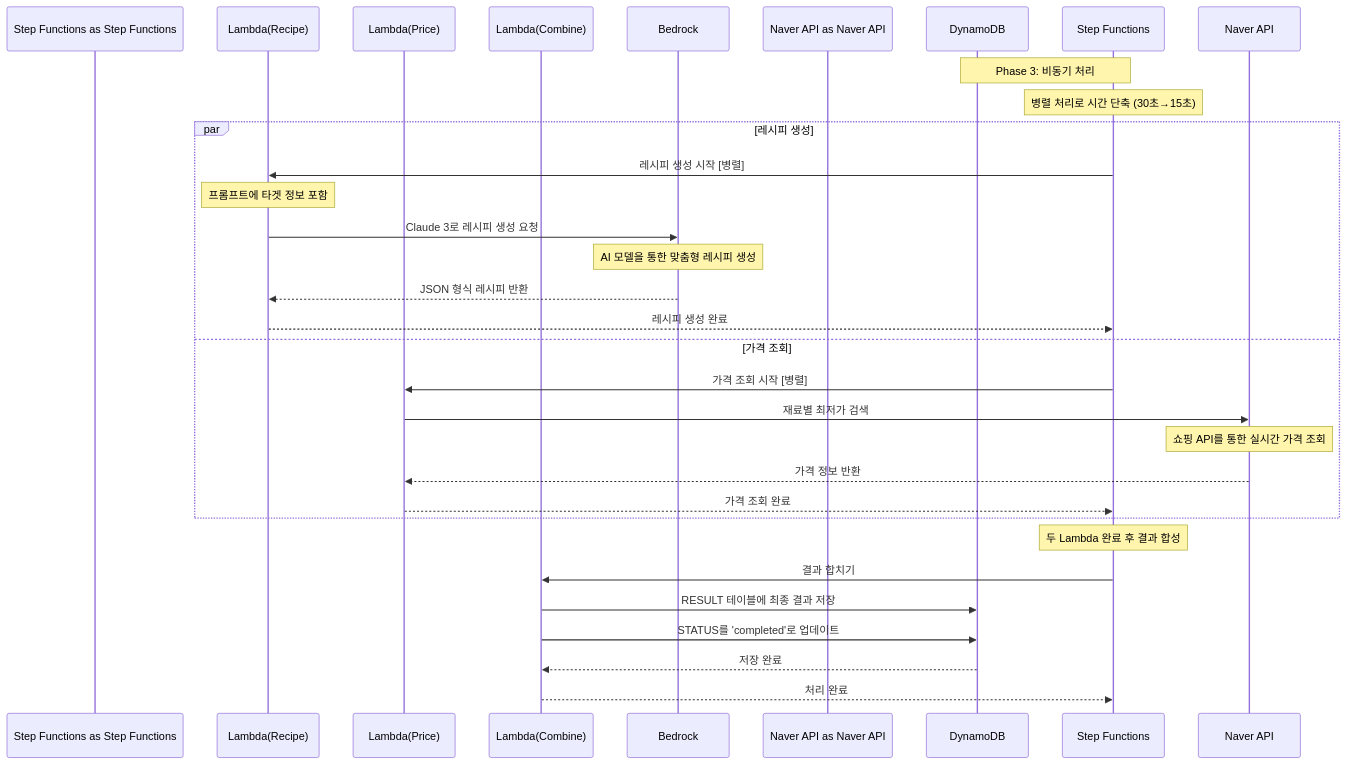
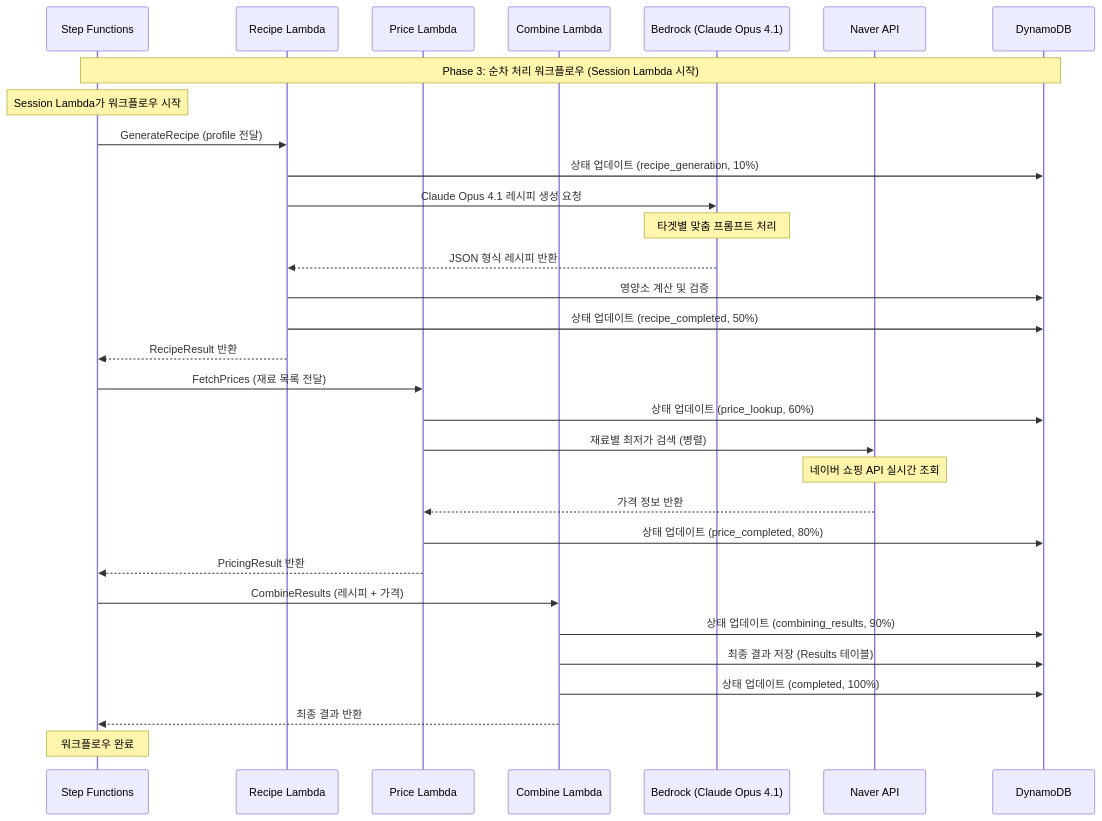
Before and after one commit to awsqhackathonXddeokssang/team21-aws-hackathon: the diagram in docs/integration/sequences/PHASE3_PROCESSING.md, drawn with Mermaid. The commit also changed other lines of this file, not shown here.

Commit message:
Remove Orchestrator Lambda, use Session Lambda to start Step Functions workflow

````diff
--- a/docs/integration/sequences/PHASE3_PROCESSING.md
+++ b/docs/integration/sequences/PHASE3_PROCESSING.md
@@ -8,37 +9,43 @@
 ```mermaid
 sequenceDiagram
-    participant Step Functions as Step Functions
-    participant Lambda(Recipe) as Lambda(Recipe)
-    participant Lambda(Price) as Lambda(Price)
-    participant Lambda(Combine) as Lambda(Combine)
-    participant Bedrock
-    participant Naver API as Naver API
-    participant DynamoDB
+    participant SF as Step Functions
+    participant RL as Recipe Lambda
+    participant PL as Price Lambda
+    participant CL as Combine Lambda
+    participant BR as Bedrock (Claude Opus 4.1)
+    participant NA as Naver API
+    participant DB as DynamoDB
 
-    Note over Step Functions, DynamoDB: Phase 3: 비동기 처리
-    Note over Step Functions: 병렬 처리로 시간 단축 (30초→15초)
-
-    %% 병렬 처리 시작
-    par 레시피 생성
-        Step Functions->>Lambda(Recipe): 레시피 생성 시작 [병렬]
-        Note over Lambda(Recipe): 프롬프트에 타겟 정보 포함
-        Lambda(Recipe)->>Bedrock: Claude 3로 레시피 생성 요청
-        Note over Bedrock: AI 모델을 통한 맞춤형 레시피 생성
-        Bedrock-->>Lambda(Recipe): JSON 형식 레시피 반환
-        Lambda(Recipe)-->>Step Functions: 레시피 생성 완료
-    and 가격 조회
-        Step Functions->>Lambda(Price): 가격 조회 시작 [병렬]
-        Lambda(Price)->>Naver API: 재료별 최저가 검색
-        Note over Naver API: 쇼핑 API를 통한 실시간 가격 조회
-        Naver API-->>Lambda(Price): 가격 정보 반환
-        Lambda(Price)-->>Step Functions: 가격 조회 완료
-    end
-
-    %% 결과 합치기
-    Note over Step Functions: 두 Lambda 완료 후 결과 합성
-    Step Functions->>Lambda(Combine): 결과 합치기
-    Lambda(Combine)->>DynamoDB: RESULT 테이블에 최종 결과 저장
-    Lambda(Combine)->>DynamoDB: STATUS를 'completed'로 업데이트
-    DynamoDB-->>Lambda(Combine): 저장 완료
-    Lambda(Combine)-->>Step Functions: 처리 완료
+    Note over SF, DB: Phase 3: 순차 처리 워크플로우 (Session Lambda 시작)
+    
+    %% Session Lambda가 Step Functions 시작 (API Gateway에서)
+    Note over SF: Session Lambda가 워크플로우 시작
+    
+    %% 1. 레시피 생성 (10% → 50%)
+    SF->>RL: GenerateRecipe (profile 전달)
+    RL->>DB: 상태 업데이트 (recipe_generation, 10%)
+    RL->>BR: Claude Opus 4.1 레시피 생성 요청
+    Note over BR: 타겟별 맞춤 프롬프트 처리
+    BR-->>RL: JSON 형식 레시피 반환
+    RL->>DB: 영양소 계산 및 검증
+    RL->>DB: 상태 업데이트 (recipe_completed, 50%)
+    RL-->>SF: RecipeResult 반환
+    
+    %% 2. 가격 조회 (50% → 80%)
+    SF->>PL: FetchPrices (재료 목록 전달)
+    PL->>DB: 상태 업데이트 (price_lookup, 60%)
+    PL->>NA: 재료별 최저가 검색 (병렬)
+    Note over NA: 네이버 쇼핑 API 실시간 조회
+    NA-->>PL: 가격 정보 반환
+    PL->>DB: 상태 업데이트 (price_completed, 80%)
+    PL-->>SF: PricingResult 반환
+    
+    %% 3. 결과 합성 (80% → 100%)
+    SF->>CL: CombineResults (레시피 + 가격)
+    CL->>DB: 상태 업데이트 (combining_results, 90%)
+    CL->>DB: 최종 결과 저장 (Results 테이블)
+    CL->>DB: 상태 업데이트 (completed, 100%)
+    CL-->>SF: 최종 결과 반환
+    
+    Note over SF: 워크플로우 완료
 ```
````
